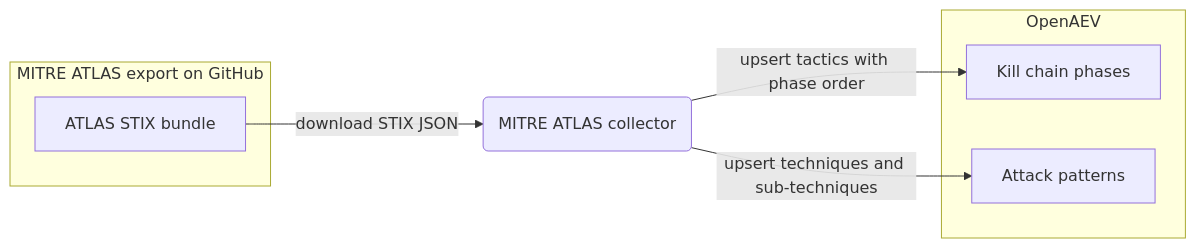
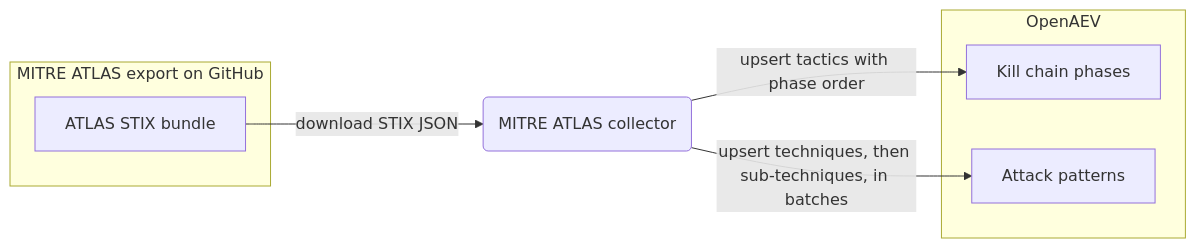
Before and after one commit to OpenAEV-Platform/collectors: the diagram in mitre-atlas/README.md, drawn with Mermaid. The commit also changed other lines of this file and 10 other files, not shown here.

````diff
--- a/mitre-atlas/README.md
+++ b/mitre-atlas/README.md
@@ -144,14 +145,14 @@
 ```mermaid
 flowchart LR
     subgraph MITRE ATLAS export on GitHub
         S["ATLAS STIX bundle"]
     end
     C(MITRE ATLAS collector)
     subgraph OpenAEV
         K[Kill chain phases]
         A[Attack patterns]
     end
     S -->|download STIX JSON| C
     C -->|upsert tactics with phase order| K
-    C -->|upsert techniques and sub-techniques| A
+    C -->|upsert techniques, then sub-techniques, in batches| A
 ```
````
